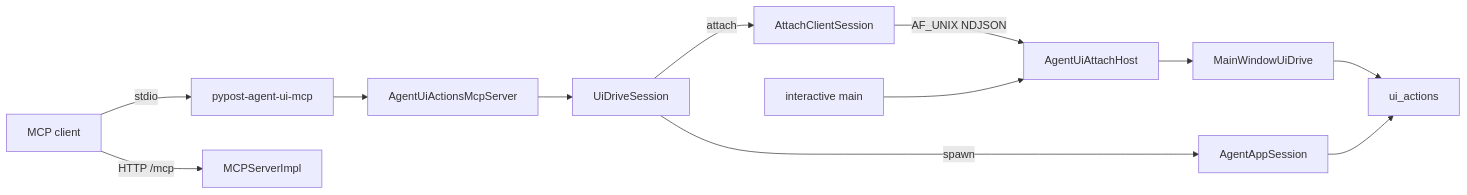
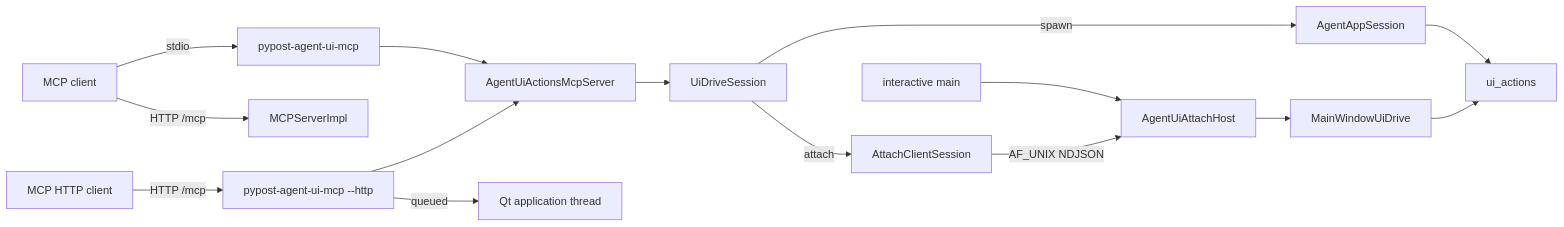
The diagram in doc/dev/agent_ui_actions_mcp.md (koctep/pypost), drawn with Mermaid before and after one commit. The commit also changed other lines of this file and 11 other files, not shown here.

Commit message:
feat(agent): PYPOST-990 add optional HTTP MCP transport

````diff
--- a/doc/dev/agent_ui_actions_mcp.md
+++ b/doc/dev/agent_ui_actions_mcp.md
@@ -39,14 +42,17 @@
 ```mermaid
 flowchart LR
   Client[MCP client] -->|stdio| Sidecar[pypost-agent-ui-mcp]
+  HttpClient[MCP HTTP client] -->|HTTP /mcp| HttpSidecar[pypost-agent-ui-mcp --http]
   Sidecar --> Bridge[AgentUiActionsMcpServer]
+  HttpSidecar --> Bridge
   Bridge --> Proto[UiDriveSession]
   Proto -->|spawn| Session[AgentAppSession]
   Proto -->|attach| AttClient[AttachClientSession]
   AttClient -->|AF_UNIX NDJSON| Host[AgentUiAttachHost]
   Main[interactive main] --> Host
   Host --> Drive[MainWindowUiDrive]
   Drive --> Actions[ui_actions]
   Session --> Actions
+  HttpSidecar -->|queued| Qt[Qt application thread]
   Client -->|HTTP /mcp| Product[MCPServerImpl]
 ```
````
